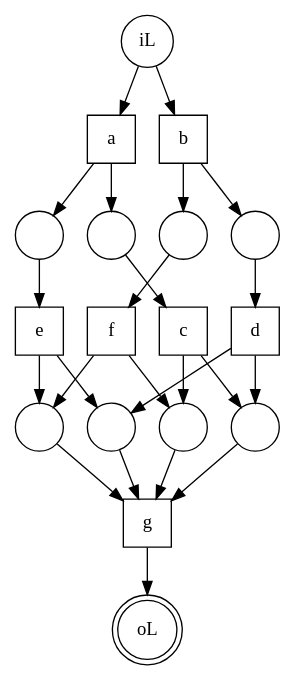
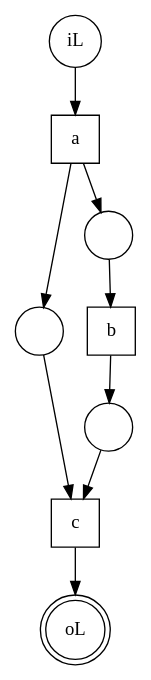
One commit to Haichq/processMining changed the diagram in static/xes.dot. Above: the diagram before and after it, drawn with Graphviz. The commit also changed 3 other files, not shown here.

```diff
--- a/static/xes.dot
+++ b/static/xes.dot
@@ -1,43 +1,19 @@
 // petri-net
 digraph {
 	iL [shape=circle]
 	a [shape=square]
 	b [shape=square]
-	d [shape=square]
-	e [shape=square]
-	f [shape=square]
 	c [shape=square]
-	g [shape=square]
 	oL [shape=doublecircle]
 	1 [label="" shape=circle]
-	1 -> g
-	e -> 1
-	d -> 1
+	1 -> c
+	a -> 1
 	2 [label="" shape=circle]
-	2 -> g
-	f -> 2
-	c -> 2
+	2 -> c
+	b -> 2
 	3 [label="" shape=circle]
-	3 -> c
+	3 -> b
 	a -> 3
-	4 [label="" shape=circle]
-	4 -> f
-	b -> 4
-	5 [label="" shape=circle]
-	5 -> g
-	d -> 5
-	c -> 5
-	6 [label="" shape=circle]
-	6 -> g
-	e -> 6
-	f -> 6
-	7 [label="" shape=circle]
-	7 -> d
-	b -> 7
-	8 [label="" shape=circle]
-	8 -> e
-	a -> 8
 	iL -> a
-	iL -> b
-	g -> oL
+	c -> oL
 }
```
